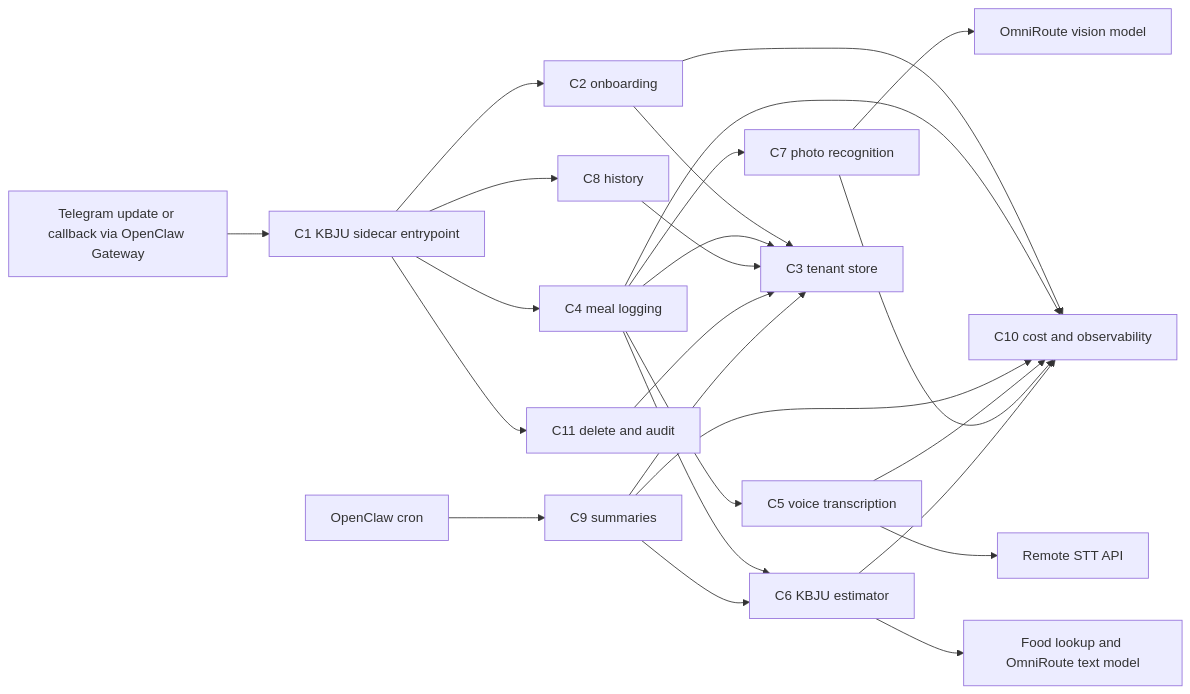
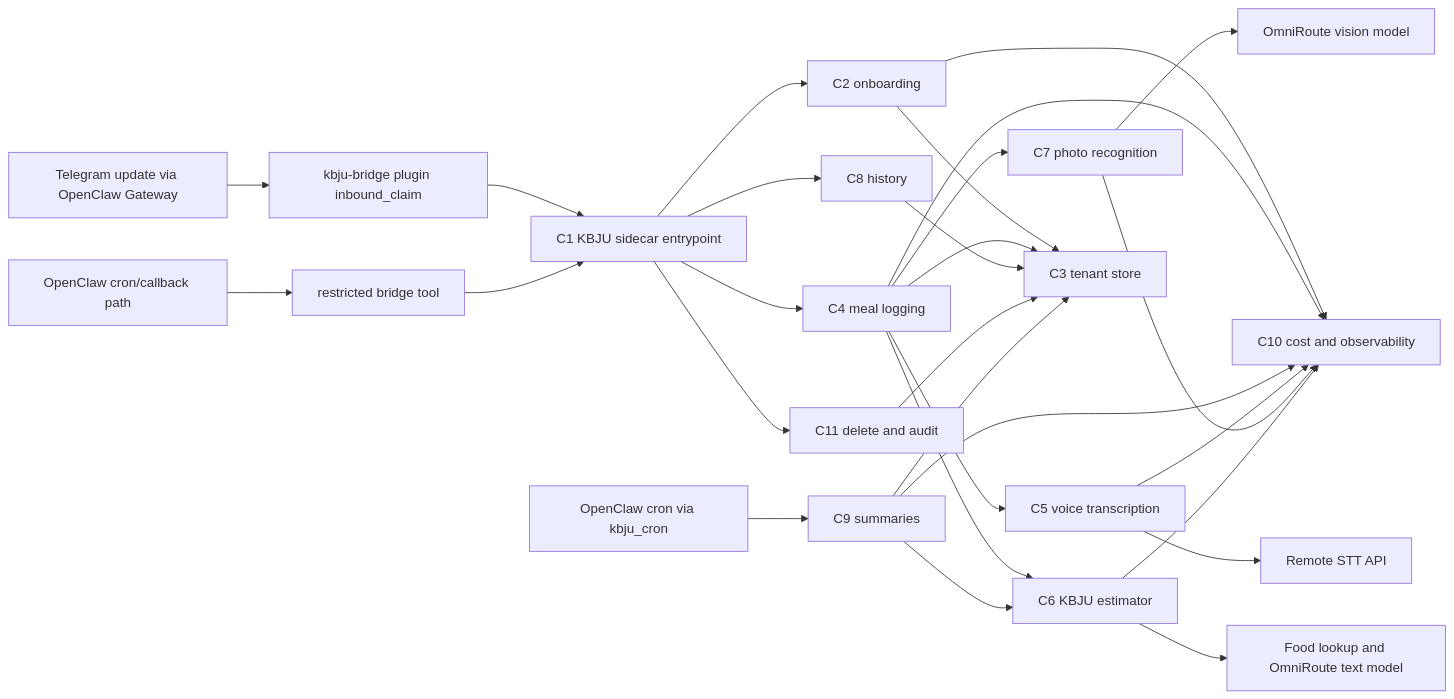
Before and after one commit to OpenClown-bot/openclown-assistant: the diagram in docs/architecture/ARCH-001-kbju-coach-v0-1.md, drawn with Mermaid. The commit also changed other lines of this file and 6 other files, not shown here.

````diff
--- a/docs/architecture/ARCH-001-kbju-coach-v0-1.md
+++ b/docs/architecture/ARCH-001-kbju-coach-v0-1.md
@@ -337,27 +349,30 @@
 ```mermaid
 graph LR
-  A[Telegram update or callback via OpenClaw Gateway] --> B[C1 KBJU sidecar entrypoint]
+  A[Telegram update via OpenClaw Gateway] --> Z[kbju-bridge plugin inbound_claim]
+  AA[OpenClaw cron/callback path] --> ZZ[restricted bridge tool]
+  Z --> B[C1 KBJU sidecar entrypoint]
+  ZZ --> B
   B --> C[C2 onboarding]
   B --> D[C4 meal logging]
   B --> E[C8 history]
   B --> F[C11 delete and audit]
-  G[OpenClaw cron] --> H[C9 summaries]
+  G[OpenClaw cron via kbju_cron] --> H[C9 summaries]
   D --> I[C5 voice transcription]
   D --> J[C7 photo recognition]
   D --> K[C6 KBJU estimator]
   H --> K
   C --> L[C3 tenant store]
   D --> L
   E --> L
   F --> L
   H --> L
   I --> M[Remote STT API]
   J --> N[OmniRoute vision model]
   K --> O[Food lookup and OmniRoute text model]
   C --> P[C10 cost and observability]
   D --> P
   H --> P
   I --> P
   J --> P
   K --> P
 ```
````
